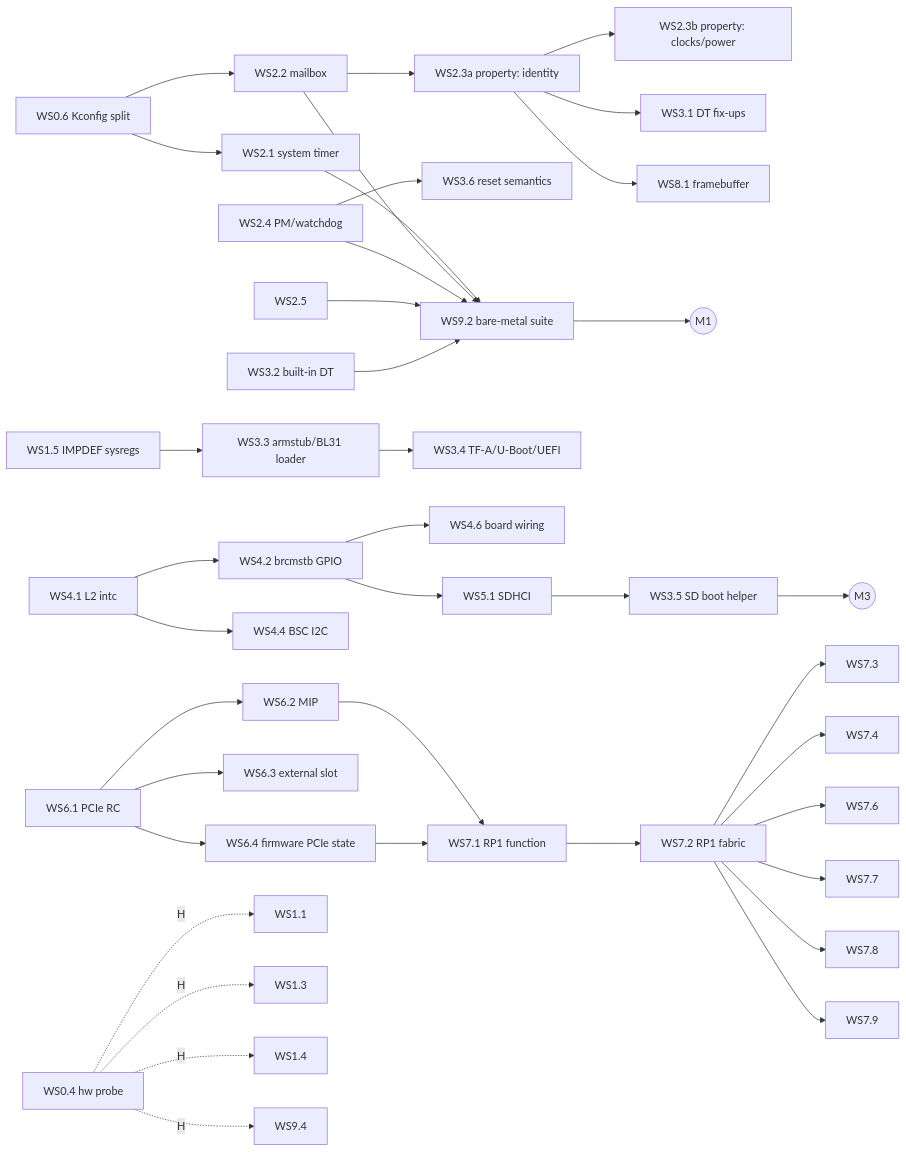
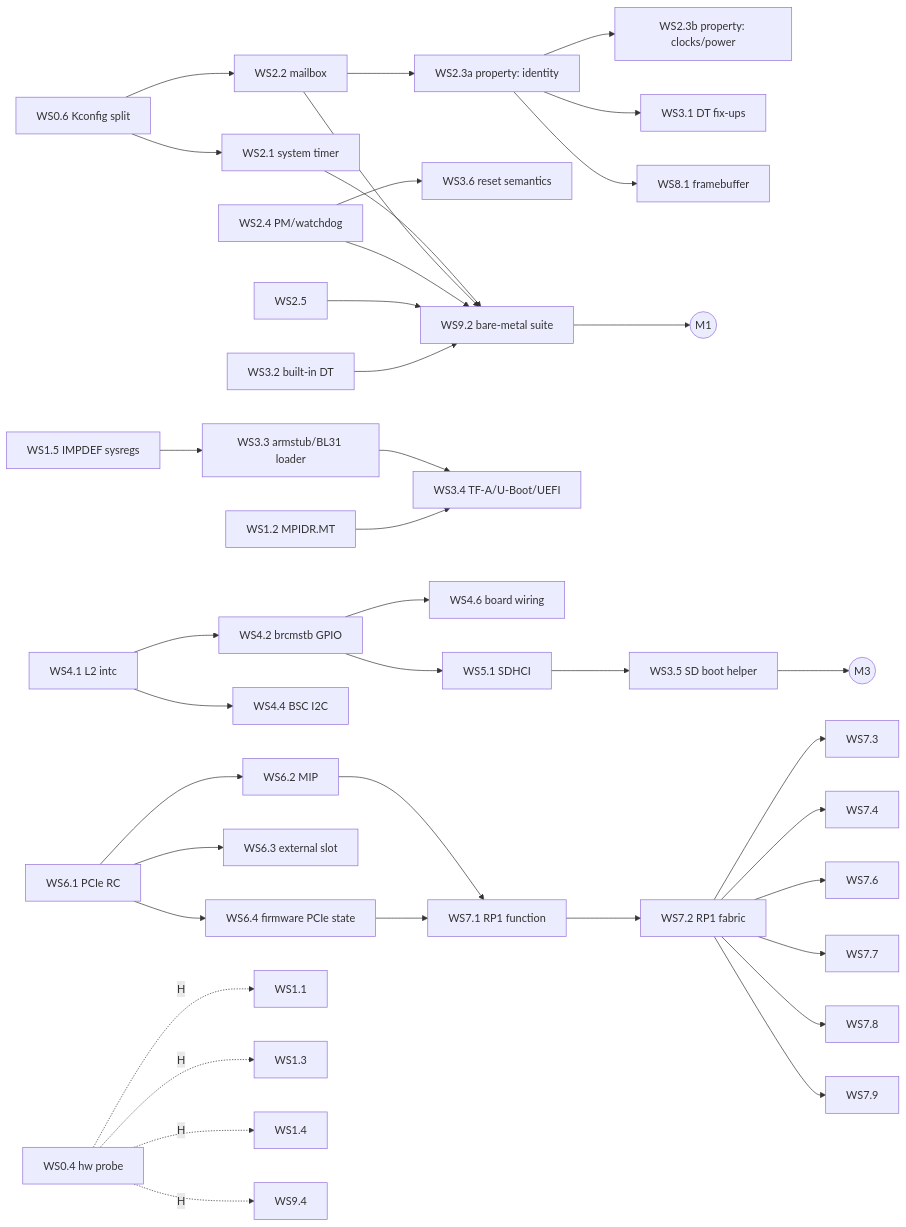
Before and after one commit to hatter6822/rpi5_machine: the diagram in docs/PLAN.md, drawn with Mermaid. The commit also changed other lines of this file and 13 other files, not shown here.

````diff
--- a/docs/PLAN.md
+++ b/docs/PLAN.md
@@ -103,18 +103,19 @@
 ```mermaid
 graph LR
   WS0.6[WS0.6 Kconfig split] --> WS2.1[WS2.1 system timer] & WS2.2[WS2.2 mailbox]
   WS2.2 --> WS2.3a[WS2.3a property: identity]
   WS2.3a --> WS2.3b[WS2.3b property: clocks/power] & WS3.1[WS3.1 DT fix-ups] & WS8.1[WS8.1 framebuffer]
   WS2.4[WS2.4 PM/watchdog] --> WS3.6[WS3.6 reset semantics]
   WS2.1 & WS2.2 & WS2.4 & WS2.5 --> WS9.2[WS9.2 bare-metal suite]
   WS3.2[WS3.2 built-in DT] --> WS9.2
   WS9.2 --> M1((M1))
   WS1.5[WS1.5 IMPDEF sysregs] --> WS3.3[WS3.3 armstub/BL31 loader] --> WS3.4[WS3.4 TF-A/U-Boot/UEFI]
+  WS1.2[WS1.2 MPIDR.MT] --> WS3.4
   WS4.1[WS4.1 L2 intc] --> WS4.2[WS4.2 brcmstb GPIO] & WS4.4[WS4.4 BSC I2C]
   WS4.2 --> WS4.6[WS4.6 board wiring] & WS5.1[WS5.1 SDHCI]
   WS5.1 --> WS3.5[WS3.5 SD boot helper] --> M3((M3))
   WS6.1[WS6.1 PCIe RC] --> WS6.2[WS6.2 MIP] & WS6.3[WS6.3 external slot] & WS6.4[WS6.4 firmware PCIe state]
   WS6.2 & WS6.4 --> WS7.1[WS7.1 RP1 function] --> WS7.2[WS7.2 RP1 fabric]
   WS7.2 --> WS7.3 & WS7.4 & WS7.6 & WS7.7 & WS7.8 & WS7.9
   WS0.4[WS0.4 hw probe] -. H .-> WS1.1 & WS1.3 & WS1.4 & WS9.4
 ```
````
